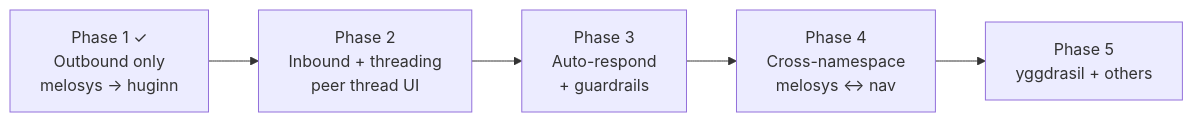
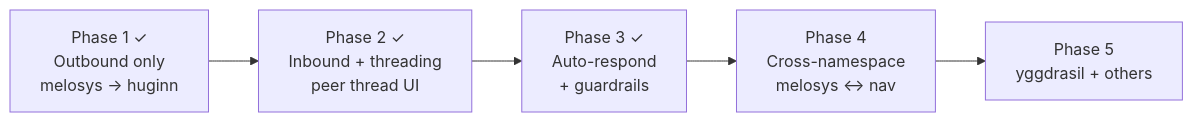
One commit to RuneLind/muninn changed the fifth of 5 diagrams in docs/hivemind-integration-plan.md. Above: the diagram before and after it, drawn with Mermaid. The commit also changed other lines of this file and 22 other files, not shown here.

````diff
--- a/docs/hivemind-integration-plan.md
+++ b/docs/hivemind-integration-plan.md
@@ -284,7 +284,7 @@
 ```mermaid
 graph LR
-    P1[Phase 1 ✓<br/>Outbound only<br/>melosys → huginn] --> P2[Phase 2<br/>Inbound + threading<br/>peer thread UI]
-    P2 --> P3[Phase 3<br/>Auto-respond<br/>+ guardrails]
+    P1[Phase 1 ✓<br/>Outbound only<br/>melosys → huginn] --> P2[Phase 2 ✓<br/>Inbound + threading<br/>peer thread UI]
+    P2 --> P3[Phase 3 ✓<br/>Auto-respond<br/>+ guardrails]
     P3 --> P4[Phase 4<br/>Cross-namespace<br/>melosys ↔ nav]
     P4 --> P5[Phase 5<br/>yggdrasil + others]
 ```
````
